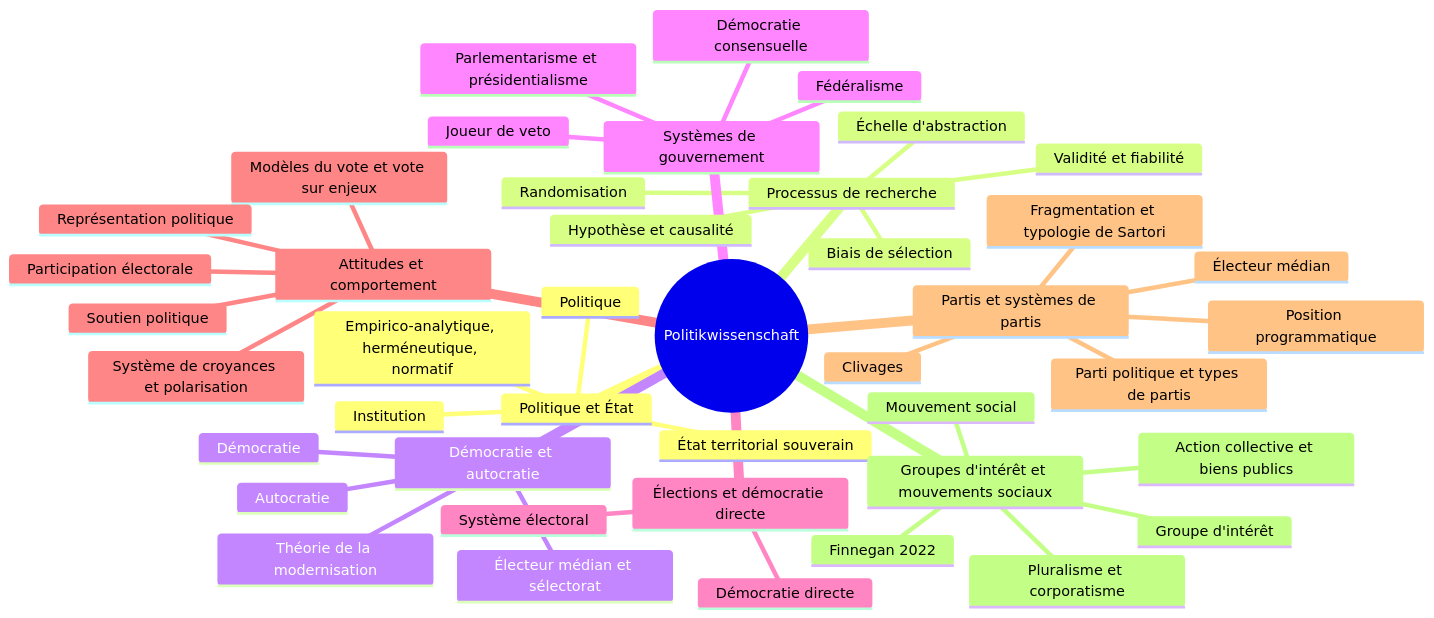
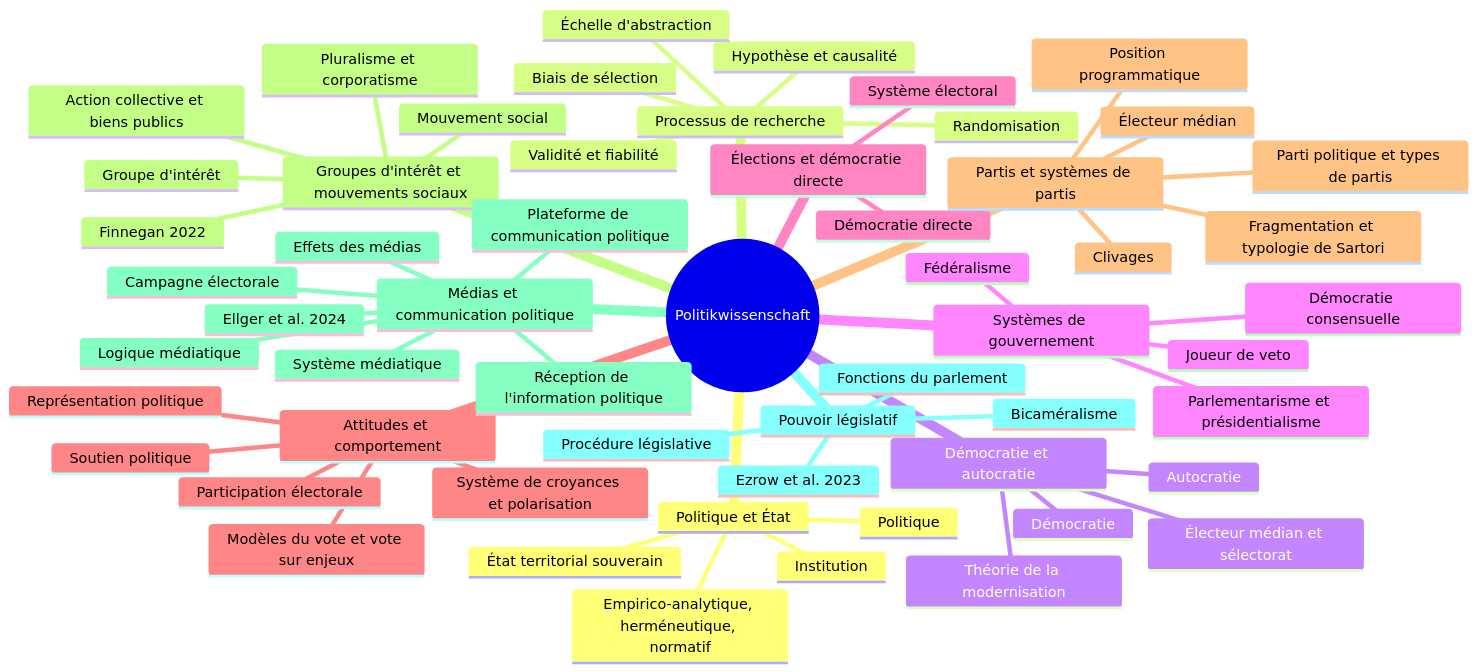
One commit to aidraxowl/NEXUS changed the diagram in NEXUS/09-Learning/Course-Maps/HS26 - Politikwissenschaft.md. Above: the diagram before and after it, drawn with Mermaid. The commit also changed other lines of this file and 241 other files, not shown here.

````diff
--- a/NEXUS/09-Learning/Course-Maps/HS26 - Politikwissenschaft.md
+++ b/NEXUS/09-Learning/Course-Maps/HS26 - Politikwissenschaft.md
@@ -24,46 +25,59 @@
 ```mermaid
 mindmap
   root((Politikwissenschaft))
     Politique et État
       Politique
       Institution
       État territorial souverain
       Empirico-analytique, herméneutique, normatif
     Processus de recherche
       Hypothèse et causalité
       Échelle d'abstraction
       Validité et fiabilité
       Randomisation
       Biais de sélection
     Démocratie et autocratie
       Démocratie
       Autocratie
       Électeur médian et sélectorat
       Théorie de la modernisation
     Systèmes de gouvernement
       Parlementarisme et présidentialisme
       Fédéralisme
       Démocratie consensuelle
       Joueur de veto
     Élections et démocratie directe
       Système électoral
       Démocratie directe
     Attitudes et comportement
       Soutien politique
       Système de croyances et polarisation
       Participation électorale
       Modèles du vote et vote sur enjeux
       Représentation politique
     Partis et systèmes de partis
       Parti politique et types de partis
       Position programmatique
       Électeur médian
       Fragmentation et typologie de Sartori
       Clivages
     Groupes d'intérêt et mouvements sociaux
       Action collective et biens publics
       Groupe d'intérêt
       Pluralisme et corporatisme
       Mouvement social
       Finnegan 2022
+    Médias et communication politique
+      Plateforme de communication politique
+      Effets des médias
+      Réception de l'information politique
+      Système médiatique
+      Logique médiatique
+      Campagne électorale
+      Ellger et al. 2024
+    Pouvoir législatif
+      Fonctions du parlement
+      Procédure législative
+      Bicaméralisme
+      Ezrow et al. 2023
 ```
````
